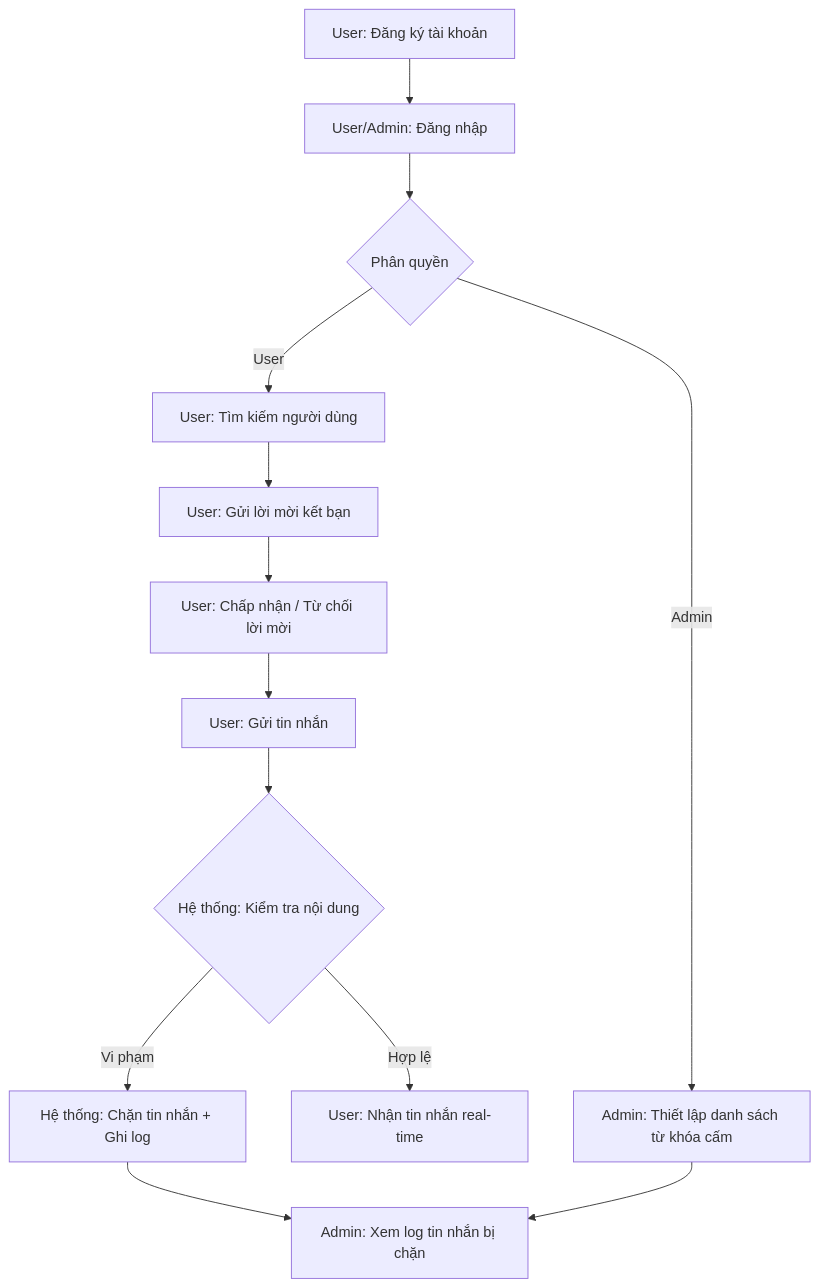
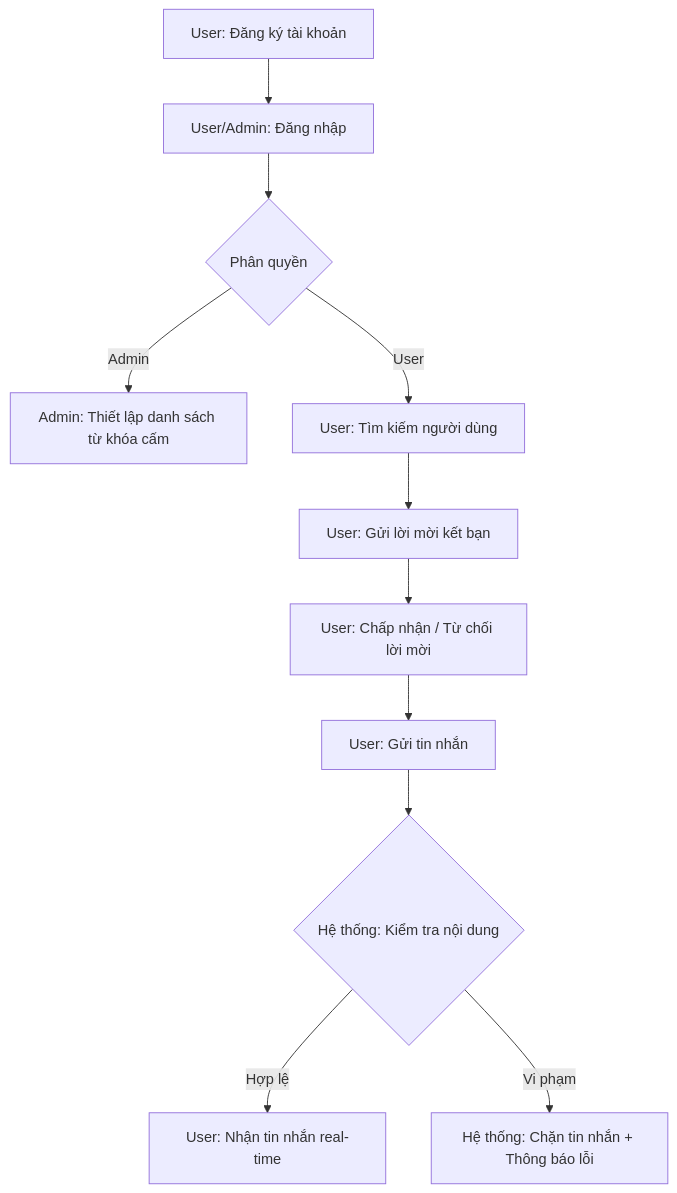
One commit to HiepNguyen284/chatapp-microservice changed the first of 5 diagrams in docs/analysis-and-design.md. Above: the diagram before and after it, drawn with Mermaid. The commit also changed other lines of this file, not shown here.

Commit message:
xóa chức năng xem log tin nhắn

````diff
--- a/docs/analysis-and-design.md
+++ b/docs/analysis-and-design.md
@@ -28,15 +28,13 @@
 ```mermaid
 flowchart TD
     A[User: Đăng ký tài khoản] --> B[User/Admin: Đăng nhập]
     B --> C{Phân quyền}
     C -->|Admin| D[Admin: Thiết lập danh sách từ khóa cấm]
     C -->|User| E[User: Tìm kiếm người dùng]
     E --> F[User: Gửi lời mời kết bạn]
     F --> G[User: Chấp nhận / Từ chối lời mời]
     G --> H[User: Gửi tin nhắn]
     H --> I{Hệ thống: Kiểm tra nội dung}
     I -->|Hợp lệ| J[User: Nhận tin nhắn real-time]
-    I -->|Vi phạm| K[Hệ thống: Chặn tin nhắn + Ghi log]
-    K --> L[Admin: Xem log tin nhắn bị chặn]
-    D --> L
+    I -->|Vi phạm| K[Hệ thống: Chặn tin nhắn + Thông báo lỗi]
 ```
````
